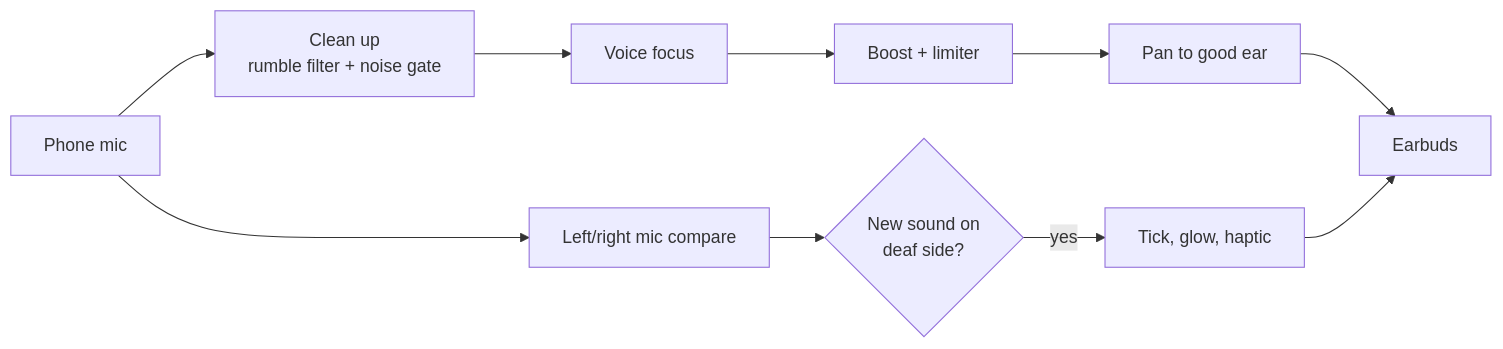
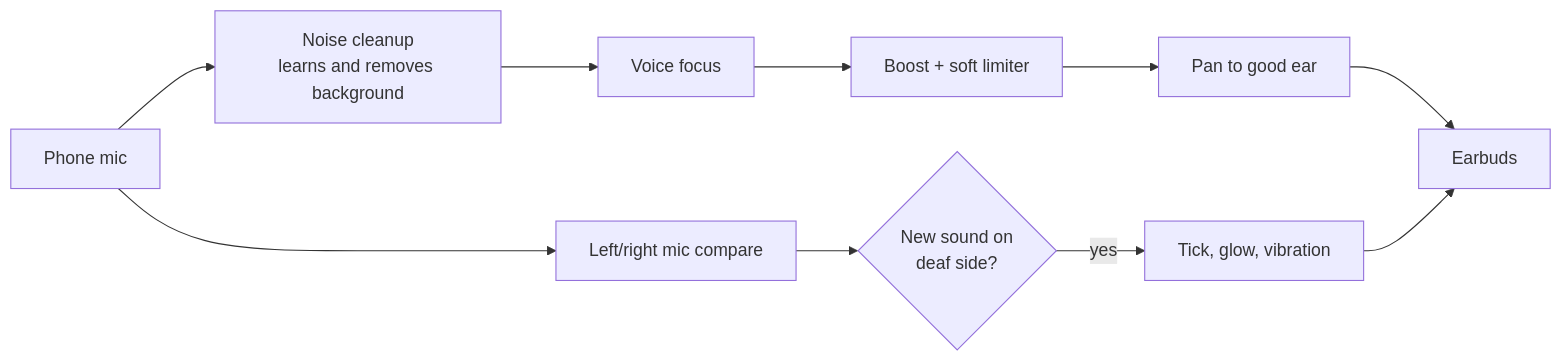
The diagram in README.md (abhishek6966/EarBridge), drawn with Mermaid before and after one commit. The commit also changed other lines of this file, not shown here.

````diff
--- a/README.md
+++ b/README.md
@@ -39,12 +38,12 @@
 ```mermaid
 flowchart LR
-  M[Phone mic] --> C[Clean up<br/>rumble filter + noise gate]
+  M[Phone mic] --> C[Noise cleanup<br/>learns and removes background]
   C --> V[Voice focus]
-  V --> B[Boost + limiter]
+  V --> B[Boost + soft limiter]
   B --> P[Pan to good ear]
   P --> E[Earbuds]
   M --> D[Left/right mic compare]
   D --> N{New sound on<br/>deaf side?}
-  N -->|yes| A[Tick, glow, haptic]
+  N -->|yes| A[Tick, glow, vibration]
   A --> E
 ```
````
